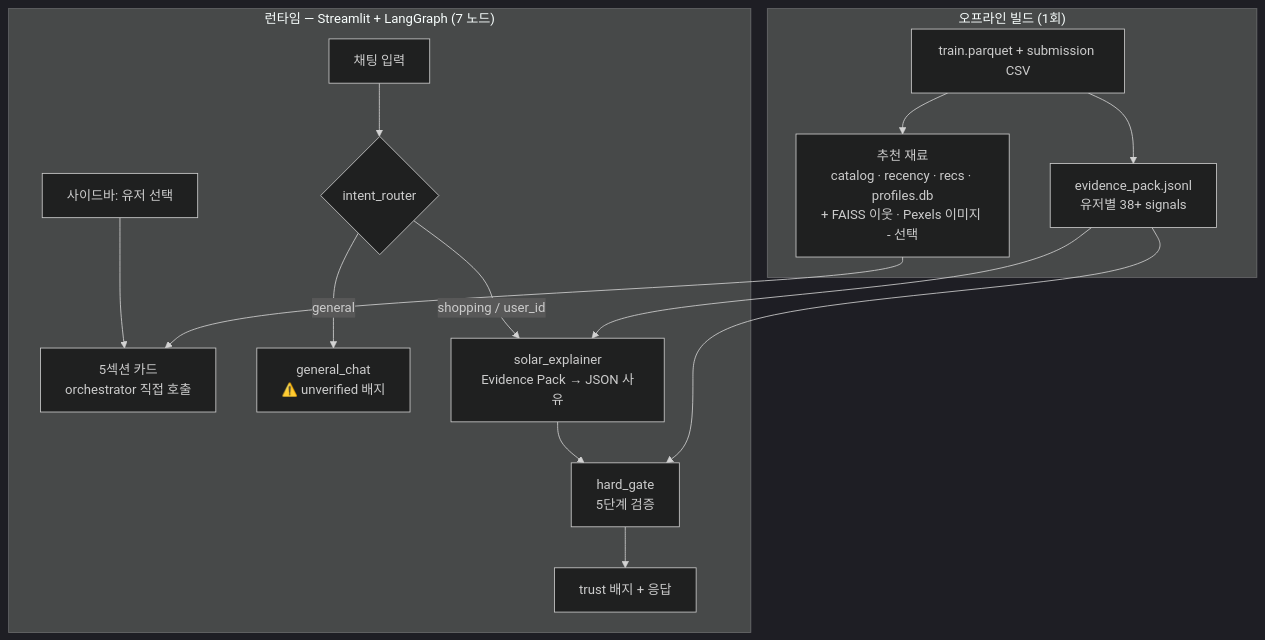
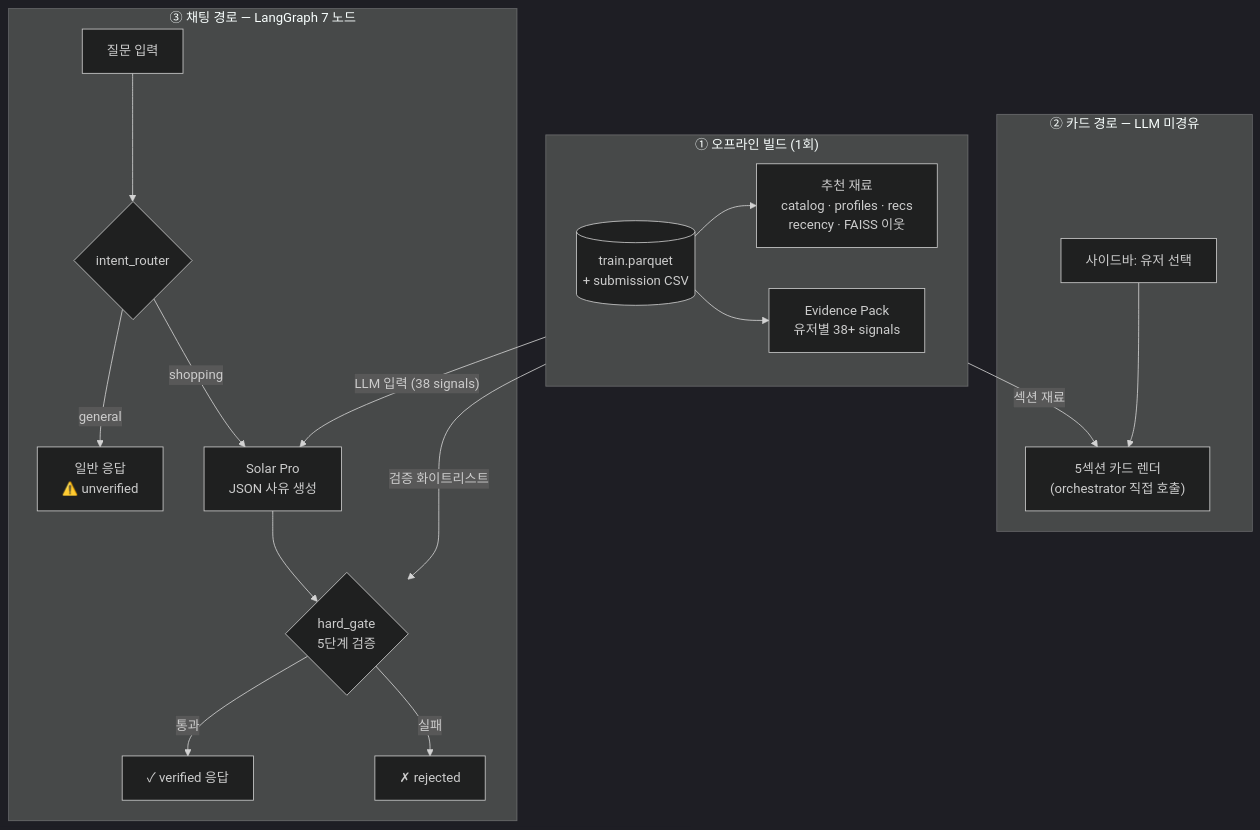
The diagram in service/README_mvp.md (yoon-chung/recsys-commerce), drawn with Mermaid (dark theme) before and after one commit. The commit also changed other lines of this file, not shown here.

````diff
--- a/service/README_mvp.md
+++ b/service/README_mvp.md
@@ -69,21 +73,26 @@
 ```mermaid
 flowchart TB
-  subgraph offline ["오프라인 빌드 (1회)"]
-    SRC[train.parquet + submission CSV]
-    SRC --> EP[evidence_pack.jsonl<br/>유저별 38+ signals]
-    SRC --> RM[추천 재료<br/>catalog · recency · recs · profiles.db<br/>+ FAISS 이웃 · Pexels 이미지 - 선택]
+  subgraph offline ["① 오프라인 빌드 (1회)"]
+    direction LR
+    SRC[("train.parquet<br/>+ submission CSV")]
+    SRC --> A1["추천 재료<br/>catalog · profiles · recs<br/>recency · FAISS 이웃"]
+    SRC --> A2["Evidence Pack<br/>유저별 38+ signals"]
   end
 
-  subgraph runtime ["런타임 — Streamlit + LangGraph (7 노드)"]
-    SEL[사이드바: 유저 선택] --> CARDS[5섹션 카드<br/>orchestrator 직접 호출]
-    CHAT[채팅 입력] --> RT{intent_router}
-    RT -->|general| GEN[general_chat<br/>⚠️ unverified 배지]
-    RT -->|shopping / user_id| LLM[solar_explainer<br/>Evidence Pack → JSON 사유]
-    LLM --> GATE[hard_gate<br/>5단계 검증]
-    GATE --> OUT[trust 배지 + 응답]
+  subgraph cards ["② 카드 경로 — LLM 미경유"]
+    SEL["사이드바: 유저 선택"] --> CARDS["5섹션 카드 렌더<br/>(orchestrator 직접 호출)"]
   end
 
-  RM --> CARDS
-  EP --> LLM
-  EP --> GATE
+  subgraph chat ["③ 채팅 경로 — LangGraph 7 노드"]
+    Q["질문 입력"] --> RT{"intent_router"}
+    RT -->|general| GEN["일반 응답<br/>⚠️ unverified"]
+    RT -->|shopping| LLM["Solar Pro<br/>JSON 사유 생성"]
+    LLM --> GATE{"hard_gate<br/>5단계 검증"}
+    GATE -->|통과| OK["✓ verified 응답"]
+    GATE -->|실패| BAD["✗ rejected"]
+  end
+
+  A1 -->|"섹션 재료"| CARDS
+  A2 -->|"LLM 입력 (38 signals)"| LLM
+  A2 -->|"검증 화이트리스트"| GATE
 ```
````
